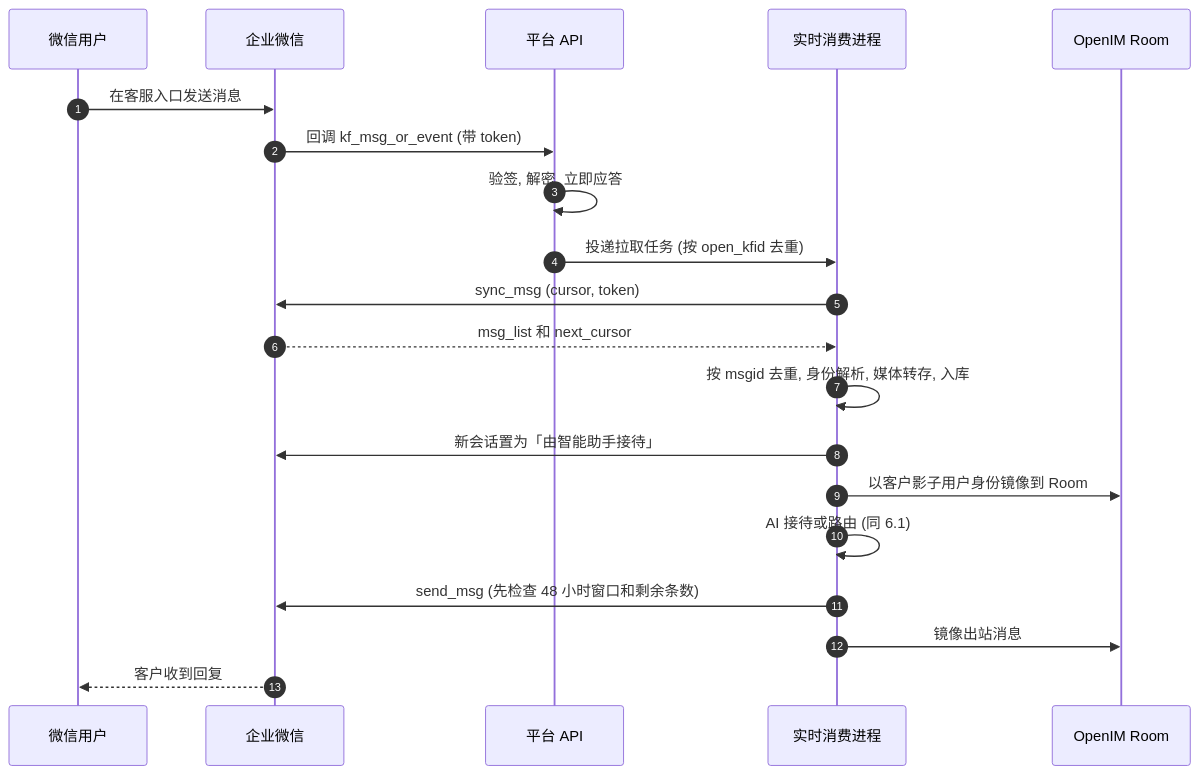
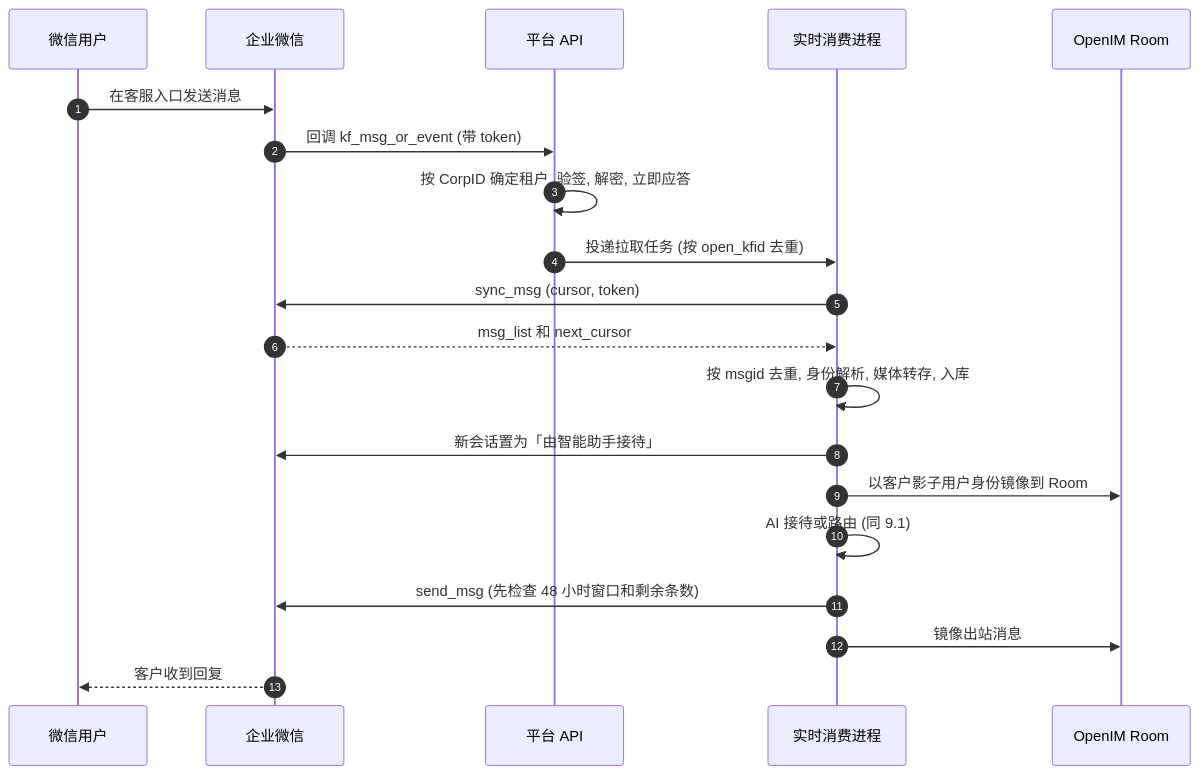
The fifth of 8 diagrams in docs/plans/2026-09-28-enterprise-digital-platform-design.md (brianabc121/EnterpriseDigitalPlatform), drawn with Mermaid before and after one commit. The commit also changed other lines of this file and 1 other file, not shown here.

````diff
--- a/docs/plans/2026-09-28-enterprise-digital-platform-design.md
+++ b/docs/plans/2026-09-28-enterprise-digital-platform-design.md
@@ -528,22 +784,22 @@
 ```mermaid
 sequenceDiagram
   autonumber
   participant U as 微信用户
   participant WX as 企业微信
   participant API as 平台 API
   participant RT as 实时消费进程
   participant IM as OpenIM Room
   U->>WX: 在客服入口发送消息
   WX->>API: 回调 kf_msg_or_event (带 token)
-  API->>API: 验签, 解密, 立即应答
+  API->>API: 按 CorpID 确定租户, 验签, 解密, 立即应答
   API->>RT: 投递拉取任务 (按 open_kfid 去重)
   RT->>WX: sync_msg (cursor, token)
   WX-->>RT: msg_list 和 next_cursor
   RT->>RT: 按 msgid 去重, 身份解析, 媒体转存, 入库
   RT->>WX: 新会话置为「由智能助手接待」
   RT->>IM: 以客户影子用户身份镜像到 Room
-  RT->>RT: AI 接待或路由 (同 6.1)
+  RT->>RT: AI 接待或路由 (同 9.1)
   RT->>WX: send_msg (先检查 48 小时窗口和剩余条数)
   RT->>IM: 镜像出站消息
   WX-->>U: 客户收到回复
 ```
````
